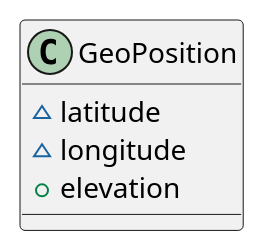
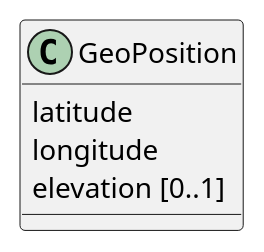
The diagram in geoposition.puml (k-vaughn/its-reference-model), drawn with PlantUML before and after one commit. The commit also changed 6 other files, not shown here.

```diff
--- a/geoposition.puml
+++ b/geoposition.puml
@@ -1,9 +1,9 @@
 @startuml
 
 class GeoPosition {
-	~ latitude
-	~ longitude
-	+ elevation
+	latitude
+	longitude
+	elevation [0..1]
 }
 
 @enduml
```
